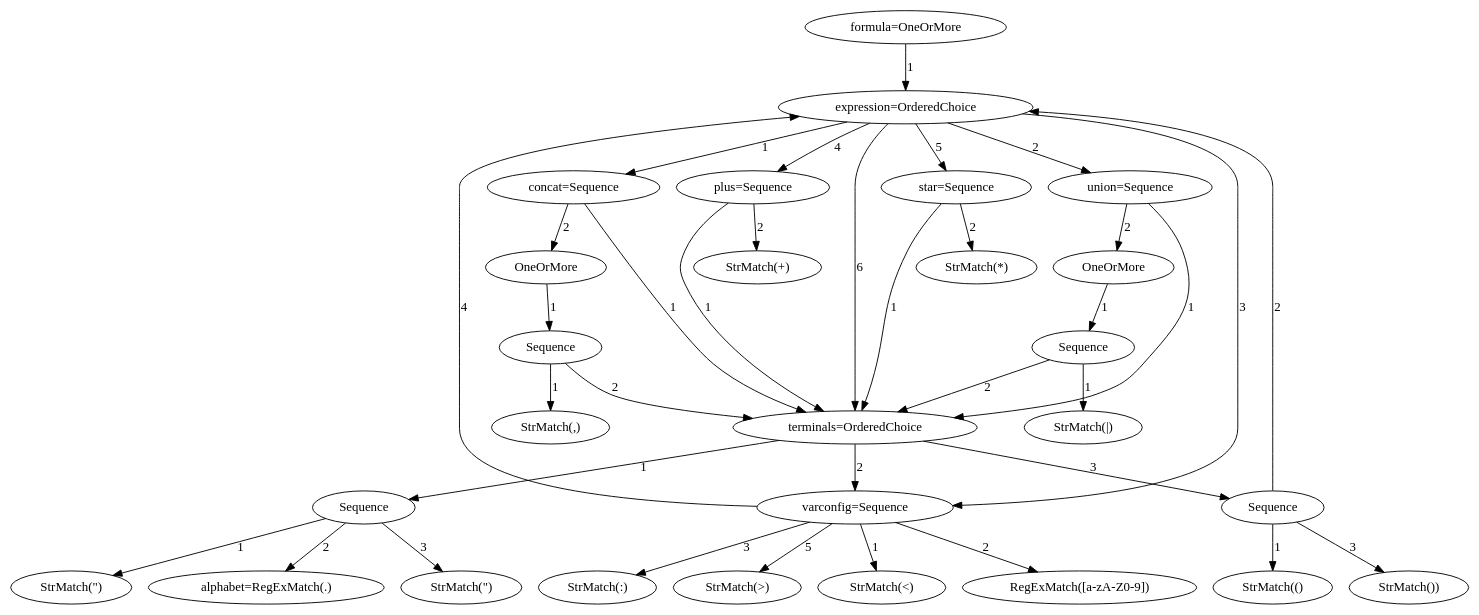
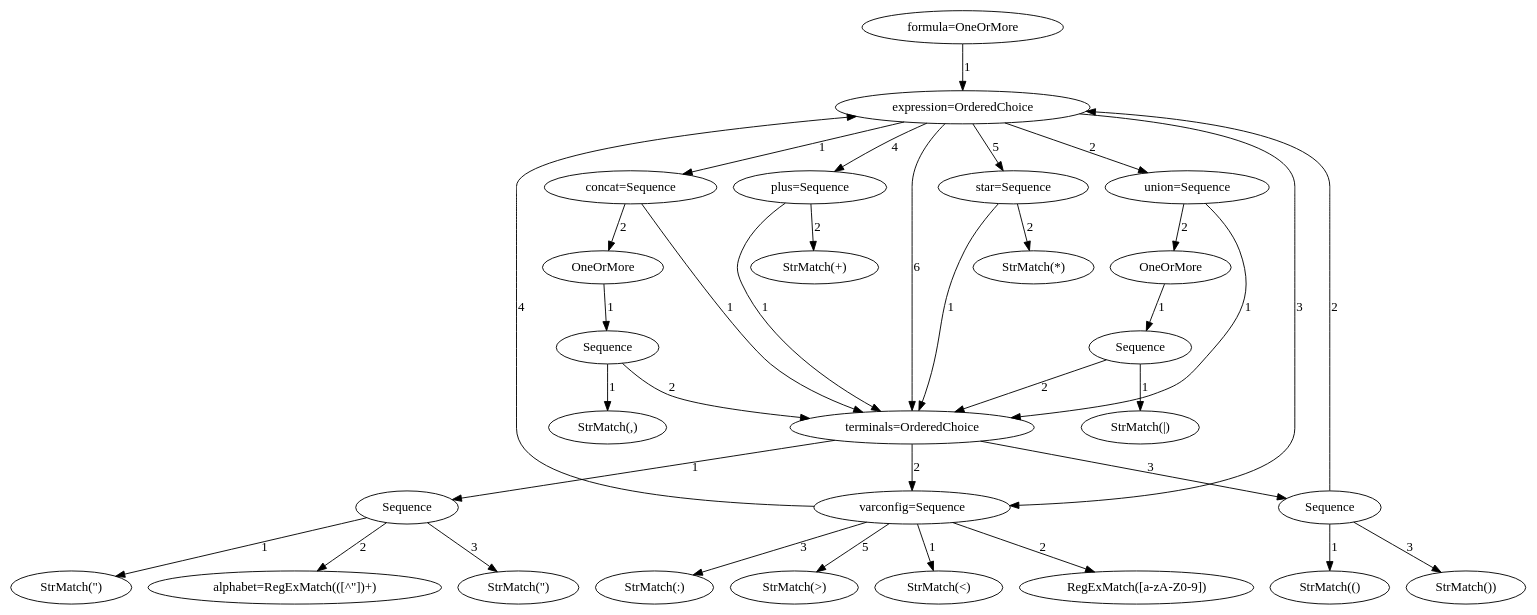
Before and after one commit to yipsimon/DocumentSpanners_MSc: the diagram in formula_parser_model.dot, drawn with Graphviz. The commit also changed 15 other files, not shown here.

```diff
--- a/formula_parser_model.dot
+++ b/formula_parser_model.dot
@@ -1,99 +1,99 @@
 digraph arpeggio_graph {
-139783310007376 [label="formula=OneOrMore"];
-139783310007376->139783286679312 [label="1"]
+139739041235072 [label="formula=OneOrMore"];
+139739041235072->139739041235184 [label="1"]
 
-139783286679312 [label="expression=OrderedChoice"];
-139783286679312->139783286726384 [label="1"]
+139739041235184 [label="expression=OrderedChoice"];
+139739041235184->139739039646384 [label="1"]
 
-139783286726384 [label="concat=Sequence"];
-139783286726384->139783283889544 [label="1"]
+139739039646384 [label="concat=Sequence"];
+139739039646384->139739028059192 [label="1"]
 
-139783283889544 [label="terminals=OrderedChoice"];
-139783283889544->139783283889712 [label="1"]
+139739028059192 [label="terminals=OrderedChoice"];
+139739028059192->139739028059360 [label="1"]
 
-139783283889712 [label="Sequence"];
-139783283889712->139783283889824 [label="1"]
+139739028059360 [label="Sequence"];
+139739028059360->139739028059584 [label="1"]
 
-139783283889824 [label="StrMatch(\")"];
-139783283889712->139783283889488 [label="2"]
+139739028059584 [label="StrMatch(\")"];
+139739028059360->139739028059248 [label="2"]
 
-139783283889488 [label="alphabet=RegExMatch(.)"];
-139783283889712->139783283889432 [label="3"]
+139739028059248 [label="alphabet=RegExMatch(([^\"])+)"];
+139739028059360->139739028059640 [label="3"]
 
-139783283889432 [label="StrMatch(\")"];
-139783283889544->139783283890440 [label="2"]
+139739028059640 [label="StrMatch(\")"];
+139739028059192->139739028060256 [label="2"]
 
-139783283890440 [label="varconfig=Sequence"];
-139783283890440->139783268159616 [label="1"]
+139739028060256 [label="varconfig=Sequence"];
+139739028060256->139739028062048 [label="1"]
 
-139783268159616 [label="StrMatch(<)"];
-139783283890440->139783283890552 [label="2"]
+139739028062048 [label="StrMatch(<)"];
+139739028060256->139739028060368 [label="2"]
 
-139783283890552 [label="RegExMatch([a-zA-Z0-9])"];
-139783283890440->139783268159784 [label="3"]
+139739028060368 [label="RegExMatch([a-zA-Z0-9])"];
+139739028060256->139739028062160 [label="3"]
 
-139783268159784 [label="StrMatch(:)"];
-139783283890440->139783286679312 [label="4"]
+139739028062160 [label="StrMatch(:)"];
+139739028060256->139739041235184 [label="4"]
 
-139783283890440->139783268159728 [label="5"]
+139739028060256->139739028059304 [label="5"]
 
-139783268159728 [label="StrMatch(>)"];
-139783283889544->139783283889768 [label="3"]
+139739028059304 [label="StrMatch(>)"];
+139739028059192->139739028059528 [label="3"]
 
-139783283889768 [label="Sequence"];
-139783283889768->139783268159672 [label="1"]
+139739028059528 [label="Sequence"];
+139739028059528->139739028107336 [label="1"]
 
-139783268159672 [label="StrMatch(()"];
-139783283889768->139783286679312 [label="2"]
+139739028107336 [label="StrMatch(()"];
+139739028059528->139739041235184 [label="2"]
 
-139783283889768->139783268159896 [label="3"]
+139739028059528->139739028107448 [label="3"]
 
-139783268159896 [label="StrMatch())"];
-139783286726384->139783286726496 [label="2"]
+139739028107448 [label="StrMatch())"];
+139739039646384->139739039646496 [label="2"]
 
-139783286726496 [label="OneOrMore"];
-139783286726496->139783283889376 [label="1"]
+139739039646496 [label="OneOrMore"];
+139739039646496->139739028059472 [label="1"]
 
-139783283889376 [label="Sequence"];
-139783283889376->139783268159560 [label="1"]
+139739028059472 [label="Sequence"];
+139739028059472->139739028062104 [label="1"]
 
-139783268159560 [label="StrMatch(,)"];
-139783283889376->139783283889544 [label="2"]
+139739028062104 [label="StrMatch(,)"];
+139739028059472->139739028059192 [label="2"]
 
-139783286679312->139783283889600 [label="2"]
+139739041235184->139739028060088 [label="2"]
 
-139783283889600 [label="union=Sequence"];
-139783283889600->139783283889544 [label="1"]
+139739028060088 [label="union=Sequence"];
+139739028060088->139739028059192 [label="1"]
 
-139783283889600->139783283889656 [label="2"]
+139739028060088->139739028059416 [label="2"]
 
-139783283889656 [label="OneOrMore"];
-139783283889656->139783268159840 [label="1"]
+139739028059416 [label="OneOrMore"];
+139739028059416->139739028107392 [label="1"]
 
-139783268159840 [label="Sequence"];
-139783268159840->139783268160064 [label="1"]
+139739028107392 [label="Sequence"];
+139739028107392->139739028107616 [label="1"]
 
-139783268160064 [label="StrMatch(|)"];
-139783268159840->139783283889544 [label="2"]
+139739028107616 [label="StrMatch(|)"];
+139739028107392->139739028059192 [label="2"]
 
-139783286679312->139783283890440 [label="3"]
+139739041235184->139739028060256 [label="3"]
 
-139783286679312->139783268159952 [label="4"]
+139739041235184->139739028107504 [label="4"]
 
-139783268159952 [label="plus=Sequence"];
-139783268159952->139783283889544 [label="1"]
+139739028107504 [label="plus=Sequence"];
+139739028107504->139739028059192 [label="1"]
 
-139783268159952->139783268160120 [label="2"]
+139739028107504->139739028107672 [label="2"]
 
-139783268160120 [label="StrMatch(+)"];
-139783286679312->139783268160008 [label="5"]
+139739028107672 [label="StrMatch(+)"];
+139739041235184->139739028107560 [label="5"]
 
-139783268160008 [label="star=Sequence"];
-139783268160008->139783283889544 [label="1"]
+139739028107560 [label="star=Sequence"];
+139739028107560->139739028059192 [label="1"]
 
-139783268160008->139783268160232 [label="2"]
+139739028107560->139739028107784 [label="2"]
 
-139783268160232 [label="StrMatch(*)"];
-139783286679312->139783283889544 [label="6"]
+139739028107784 [label="StrMatch(*)"];
+139739041235184->139739028059192 [label="6"]
 
 }
```
